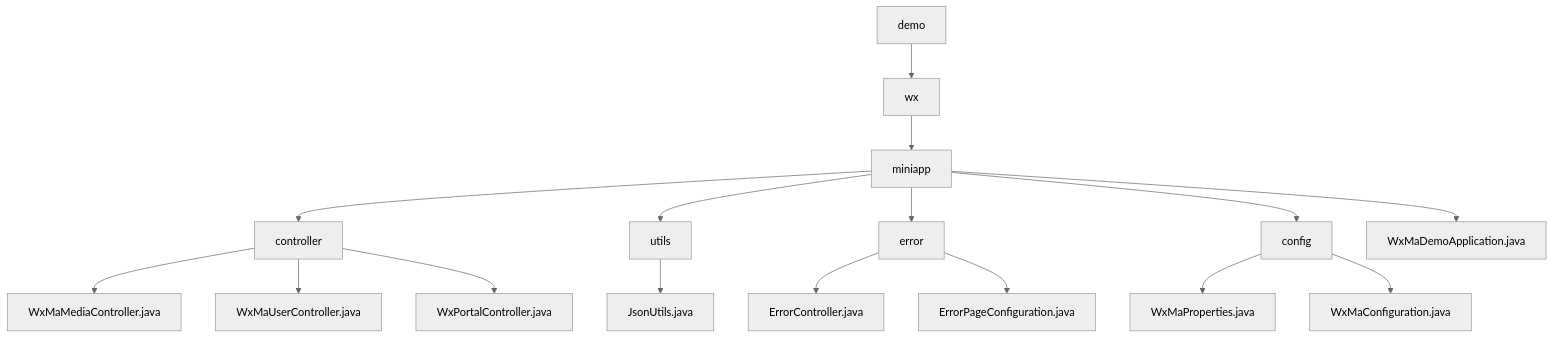
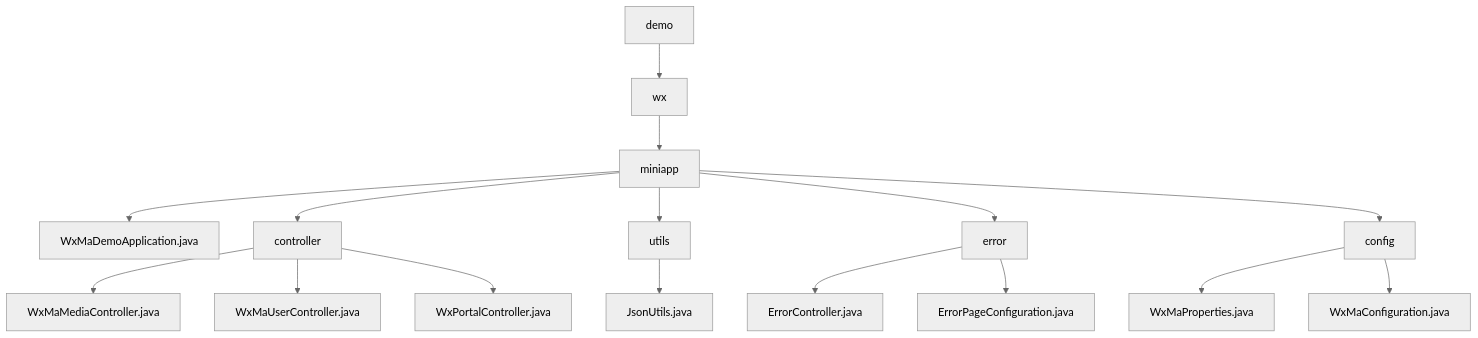
One commit to v-wjrong/rongwj666_weixin-java-miniapp-demo changed the diagram in docs/en/docs/src/main/java/com/github/binarywang/demo/_module.md. Above: the diagram before and after it, drawn with Mermaid (neutral theme). The commit also changed other lines of this file and 49 other files, not shown here.

````diff
--- a/docs/en/docs/src/main/java/com/github/binarywang/demo/_module.md
+++ b/docs/en/docs/src/main/java/com/github/binarywang/demo/_module.md
@@ -22,18 +22,18 @@
 ```mermaid
 graph TD
     demo --> wx
     wx --> miniapp
+    miniapp --> WxMaDemoApplication.java
     miniapp --> controller
     miniapp --> utils
     miniapp --> error
     miniapp --> config
-    miniapp --> WxMaDemoApplication.java
     controller --> WxMaMediaController.java
     controller --> WxMaUserController.java
     controller --> WxPortalController.java
     utils --> JsonUtils.java
     error --> ErrorController.java
     error --> ErrorPageConfiguration.java
     config --> WxMaProperties.java
     config --> WxMaConfiguration.java
 ```
````
